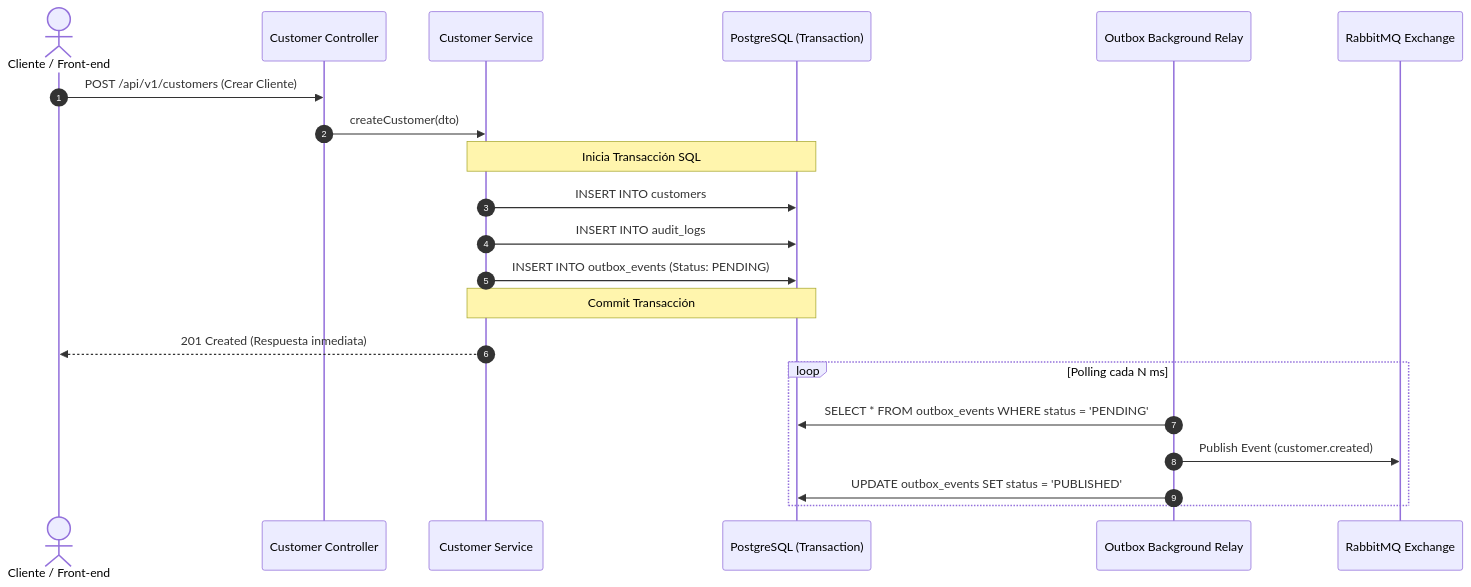
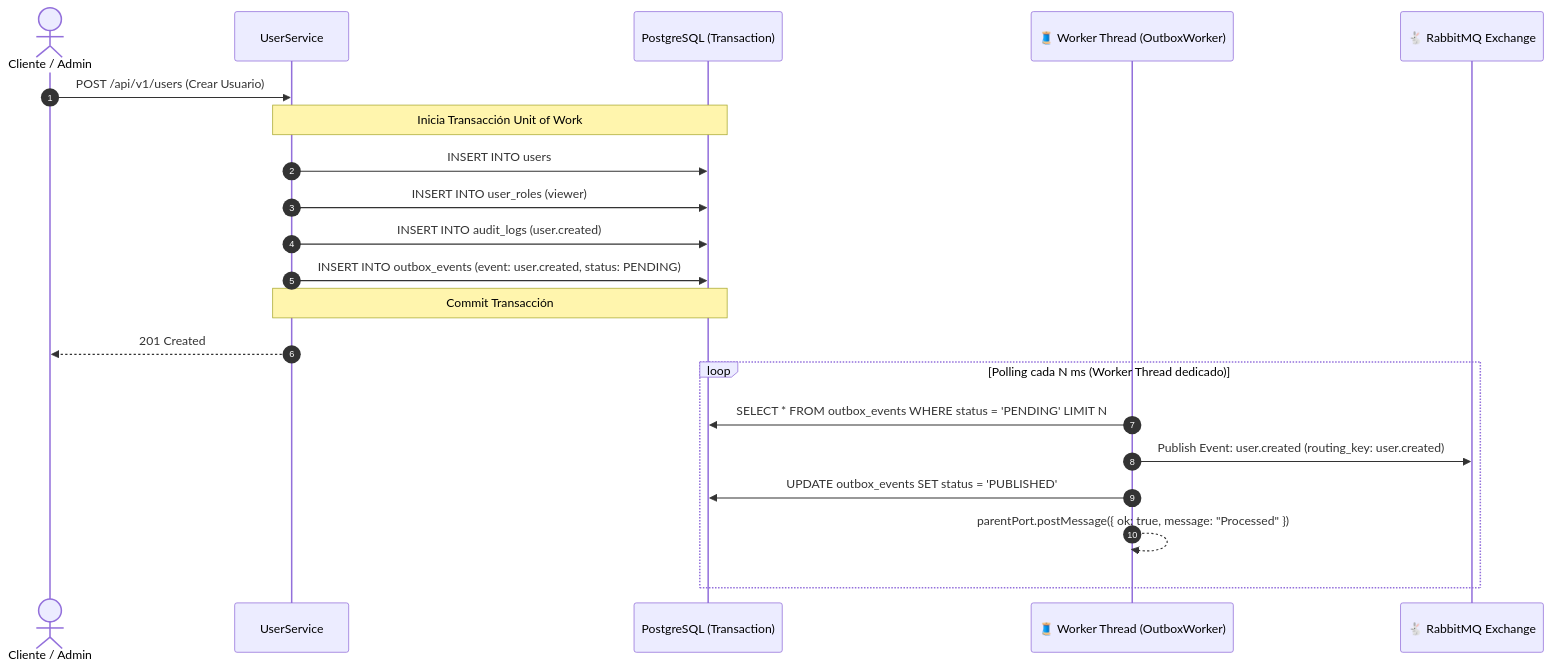
One commit to nrv23/StreamCRM-App changed the third of 3 diagrams in apps/auth-service/README.md. Above: the diagram before and after it, drawn with Mermaid. The commit also changed other lines of this file and 8 other files, not shown here.

Commit message:
pasar el endpoint de set permissions a permissions.service y agregar el readme del auth service

````diff
--- a/apps/auth-service/README.md
+++ b/apps/auth-service/README.md
@@ -98,25 +146,25 @@
 ```mermaid
 sequenceDiagram
     autonumber
-    actor User as Cliente / Front-end
-    participant Ctrl as Customer Controller
-    participant Svc as Customer Service
+    actor Client as Cliente / Admin
+    participant Svc as UserService
     participant DB as PostgreSQL (Transaction)
-    participant Relay as Outbox Background Relay
-    participant Rabbit as RabbitMQ Exchange
+    participant Worker as 🧵 Worker Thread (OutboxWorker)
+    participant Rabbit as 🐇 RabbitMQ Exchange
 
-    User->>Ctrl: POST /api/v1/customers (Crear Cliente)
-    Ctrl->>Svc: createCustomer(dto)
-    Note over Svc,DB: Inicia Transacción SQL
-    Svc->>DB: INSERT INTO customers
-    Svc->>DB: INSERT INTO audit_logs
-    Svc->>DB: INSERT INTO outbox_events (Status: PENDING)
+    Client->>Svc: POST /api/v1/users (Crear Usuario)
+    Note over Svc,DB: Inicia Transacción Unit of Work
+    Svc->>DB: INSERT INTO users
+    Svc->>DB: INSERT INTO user_roles (viewer)
+    Svc->>DB: INSERT INTO audit_logs (user.created)
+    Svc->>DB: INSERT INTO outbox_events (event: user.created, status: PENDING)
     Note over Svc,DB: Commit Transacción
-    Svc-->>User: 201 Created (Respuesta inmediata)
+    Svc-->>Client: 201 Created
 
-    loop Polling cada N ms
-        Relay->>DB: SELECT * FROM outbox_events WHERE status = 'PENDING'
-        Relay->>Rabbit: Publish Event (customer.created)
-        Relay->>DB: UPDATE outbox_events SET status = 'PUBLISHED'
+    loop Polling cada N ms (Worker Thread dedicado)
+        Worker->>DB: SELECT * FROM outbox_events WHERE status = 'PENDING' LIMIT N
+        Worker->>Rabbit: Publish Event: user.created (routing_key: user.created)
+        Worker->>DB: UPDATE outbox_events SET status = 'PUBLISHED'
+        Worker-->>Worker: parentPort.postMessage({ ok: true, message: "Processed" })
     end
 ```
````
